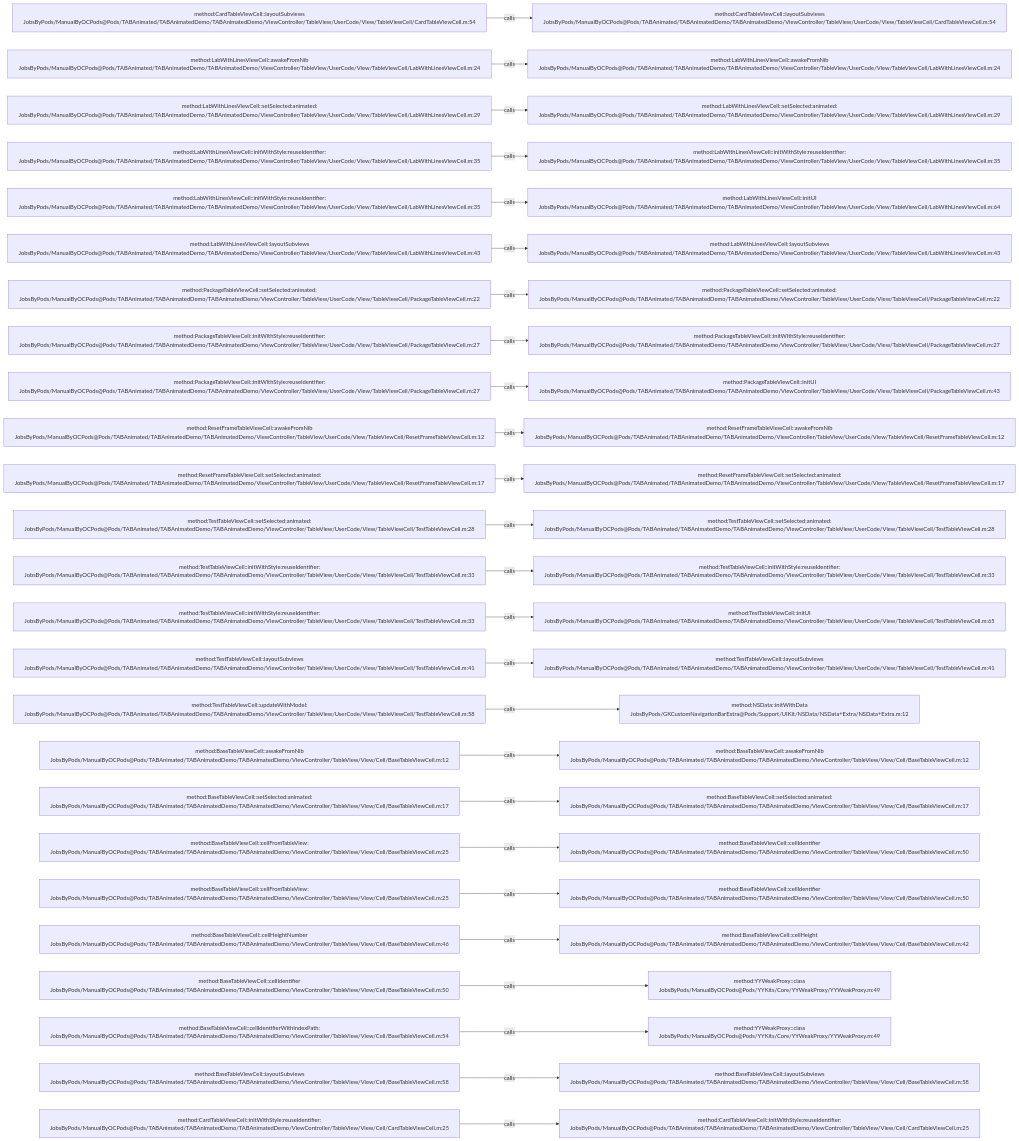
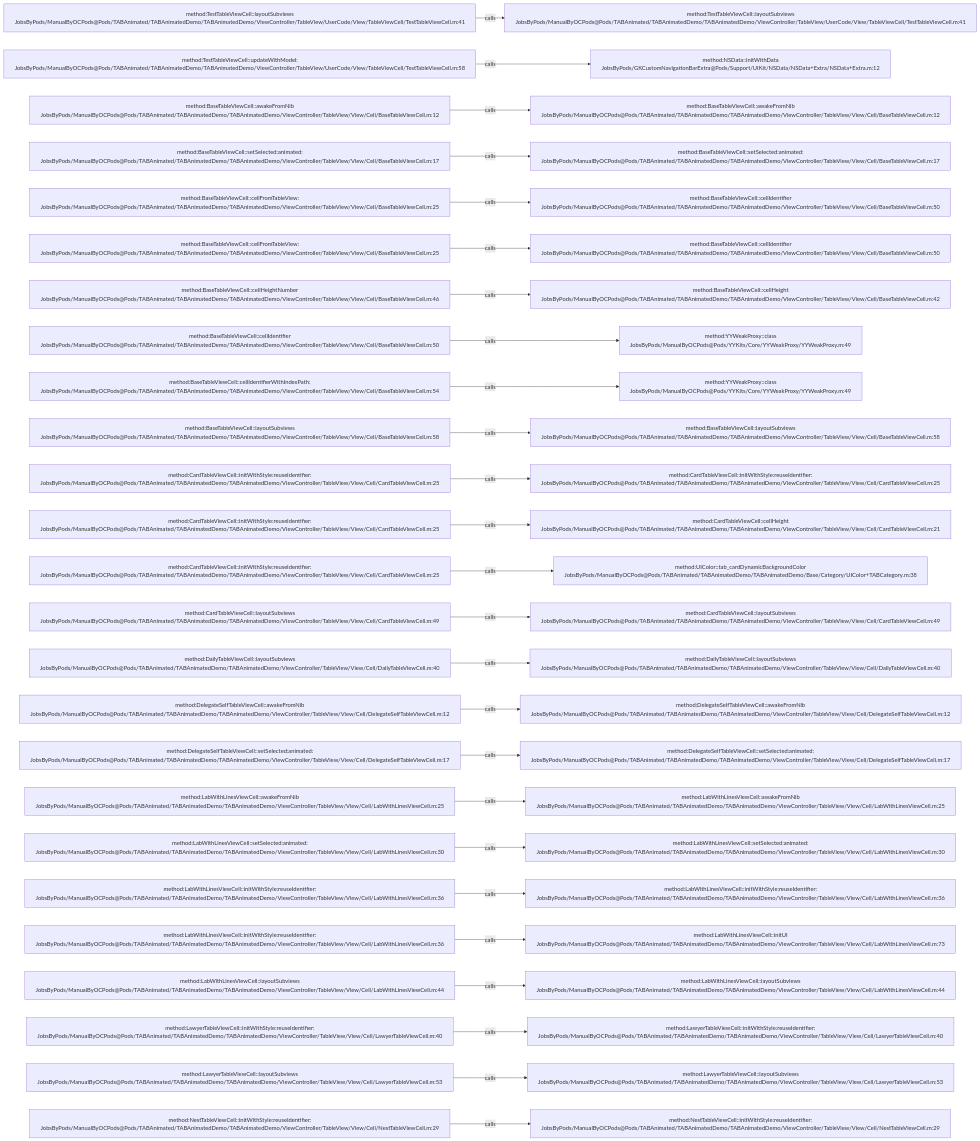
The diagram in .codegraph/codegraph.md/graphs/calls-068.md (JobsKits/JobsOCBaseConfigDemo), drawn with Mermaid before and after one commit. The commit also changed 296 other files, not shown here.

````diff
--- a/.codegraph/codegraph.md/graphs/calls-068.md
+++ b/.codegraph/codegraph.md/graphs/calls-068.md
@@ -13,78 +13,78 @@
 ```mermaid
 flowchart LR
-  S1["method:CardTableViewCell::layoutSubviews<br/>JobsByPods/ManualByOCPods@Pods/TABAnimated/TABAnimatedDemo/TABAnimatedDemo/ViewController/TableView/UserCode/View/TableViewCell/CardTableViewCell.m:54"]
-  T1["method:CardTableViewCell::layoutSubviews<br/>JobsByPods/ManualByOCPods@Pods/TABAnimated/TABAnimatedDemo/TABAnimatedDemo/ViewController/TableView/UserCode/View/TableViewCell/CardTableViewCell.m:54"]
+  S1["method:TestTableViewCell::layoutSubviews<br/>JobsByPods/ManualByOCPods@Pods/TABAnimated/TABAnimatedDemo/TABAnimatedDemo/ViewController/TableView/UserCode/View/TableViewCell/TestTableViewCell.m:41"]
+  T1["method:TestTableViewCell::layoutSubviews<br/>JobsByPods/ManualByOCPods@Pods/TABAnimated/TABAnimatedDemo/TABAnimatedDemo/ViewController/TableView/UserCode/View/TableViewCell/TestTableViewCell.m:41"]
   S1 -->|calls| T1
-  S2["method:LabWithLinesViewCell::awakeFromNib<br/>JobsByPods/ManualByOCPods@Pods/TABAnimated/TABAnimatedDemo/TABAnimatedDemo/ViewController/TableView/UserCode/View/TableViewCell/LabWithLinesViewCell.m:24"]
-  T2["method:LabWithLinesViewCell::awakeFromNib<br/>JobsByPods/ManualByOCPods@Pods/TABAnimated/TABAnimatedDemo/TABAnimatedDemo/ViewController/TableView/UserCode/View/TableViewCell/LabWithLinesViewCell.m:24"]
+  S2["method:TestTableViewCell::updateWithModel:<br/>JobsByPods/ManualByOCPods@Pods/TABAnimated/TABAnimatedDemo/TABAnimatedDemo/ViewController/TableView/UserCode/View/TableViewCell/TestTableViewCell.m:58"]
+  T2["method:NSData::initWithData<br/>JobsByPods/GKCustomNavigationBarExtra@Pods/Support/UIKit/NSData/NSData+Extra/NSData+Extra.m:12"]
   S2 -->|calls| T2
-  S3["method:LabWithLinesViewCell::setSelected:animated:<br/>JobsByPods/ManualByOCPods@Pods/TABAnimated/TABAnimatedDemo/TABAnimatedDemo/ViewController/TableView/UserCode/View/TableViewCell/LabWithLinesViewCell.m:29"]
-  T3["method:LabWithLinesViewCell::setSelected:animated:<br/>JobsByPods/ManualByOCPods@Pods/TABAnimated/TABAnimatedDemo/TABAnimatedDemo/ViewController/TableView/UserCode/View/TableViewCell/LabWithLinesViewCell.m:29"]
+  S3["method:BaseTableViewCell::awakeFromNib<br/>JobsByPods/ManualByOCPods@Pods/TABAnimated/TABAnimatedDemo/TABAnimatedDemo/ViewController/TableView/View/Cell/BaseTableViewCell.m:12"]
+  T3["method:BaseTableViewCell::awakeFromNib<br/>JobsByPods/ManualByOCPods@Pods/TABAnimated/TABAnimatedDemo/TABAnimatedDemo/ViewController/TableView/View/Cell/BaseTableViewCell.m:12"]
   S3 -->|calls| T3
-  S4["method:LabWithLinesViewCell::initWithStyle:reuseIdentifier:<br/>JobsByPods/ManualByOCPods@Pods/TABAnimated/TABAnimatedDemo/TABAnimatedDemo/ViewController/TableView/UserCode/View/TableViewCell/LabWithLinesViewCell.m:35"]
-  T4["method:LabWithLinesViewCell::initWithStyle:reuseIdentifier:<br/>JobsByPods/ManualByOCPods@Pods/TABAnimated/TABAnimatedDemo/TABAnimatedDemo/ViewController/TableView/UserCode/View/TableViewCell/LabWithLinesViewCell.m:35"]
+  S4["method:BaseTableViewCell::setSelected:animated:<br/>JobsByPods/ManualByOCPods@Pods/TABAnimated/TABAnimatedDemo/TABAnimatedDemo/ViewController/TableView/View/Cell/BaseTableViewCell.m:17"]
+  T4["method:BaseTableViewCell::setSelected:animated:<br/>JobsByPods/ManualByOCPods@Pods/TABAnimated/TABAnimatedDemo/TABAnimatedDemo/ViewController/TableView/View/Cell/BaseTableViewCell.m:17"]
   S4 -->|calls| T4
-  S5["method:LabWithLinesViewCell::initWithStyle:reuseIdentifier:<br/>JobsByPods/ManualByOCPods@Pods/TABAnimated/TABAnimatedDemo/TABAnimatedDemo/ViewController/TableView/UserCode/View/TableViewCell/LabWithLinesViewCell.m:35"]
-  T5["method:LabWithLinesViewCell::initUI<br/>JobsByPods/ManualByOCPods@Pods/TABAnimated/TABAnimatedDemo/TABAnimatedDemo/ViewController/TableView/UserCode/View/TableViewCell/LabWithLinesViewCell.m:64"]
+  S5["method:BaseTableViewCell::cellFromTableView:<br/>JobsByPods/ManualByOCPods@Pods/TABAnimated/TABAnimatedDemo/TABAnimatedDemo/ViewController/TableView/View/Cell/BaseTableViewCell.m:25"]
+  T5["method:BaseTableViewCell::cellIdentifier<br/>JobsByPods/ManualByOCPods@Pods/TABAnimated/TABAnimatedDemo/TABAnimatedDemo/ViewController/TableView/View/Cell/BaseTableViewCell.m:50"]
   S5 -->|calls| T5
-  S6["method:LabWithLinesViewCell::layoutSubviews<br/>JobsByPods/ManualByOCPods@Pods/TABAnimated/TABAnimatedDemo/TABAnimatedDemo/ViewController/TableView/UserCode/View/TableViewCell/LabWithLinesViewCell.m:43"]
-  T6["method:LabWithLinesViewCell::layoutSubviews<br/>JobsByPods/ManualByOCPods@Pods/TABAnimated/TABAnimatedDemo/TABAnimatedDemo/ViewController/TableView/UserCode/View/TableViewCell/LabWithLinesViewCell.m:43"]
+  S6["method:BaseTableViewCell::cellFromTableView:<br/>JobsByPods/ManualByOCPods@Pods/TABAnimated/TABAnimatedDemo/TABAnimatedDemo/ViewController/TableView/View/Cell/BaseTableViewCell.m:25"]
+  T6["method:BaseTableViewCell::cellIdentifier<br/>JobsByPods/ManualByOCPods@Pods/TABAnimated/TABAnimatedDemo/TABAnimatedDemo/ViewController/TableView/View/Cell/BaseTableViewCell.m:50"]
   S6 -->|calls| T6
-  S7["method:PackageTableViewCell::setSelected:animated:<br/>JobsByPods/ManualByOCPods@Pods/TABAnimated/TABAnimatedDemo/TABAnimatedDemo/ViewController/TableView/UserCode/View/TableViewCell/PackageTableViewCell.m:22"]
-  T7["method:PackageTableViewCell::setSelected:animated:<br/>JobsByPods/ManualByOCPods@Pods/TABAnimated/TABAnimatedDemo/TABAnimatedDemo/ViewController/TableView/UserCode/View/TableViewCell/PackageTableViewCell.m:22"]
+  S7["method:BaseTableViewCell::cellHeightNumber<br/>JobsByPods/ManualByOCPods@Pods/TABAnimated/TABAnimatedDemo/TABAnimatedDemo/ViewController/TableView/View/Cell/BaseTableViewCell.m:46"]
+  T7["method:BaseTableViewCell::cellHeight<br/>JobsByPods/ManualByOCPods@Pods/TABAnimated/TABAnimatedDemo/TABAnimatedDemo/ViewController/TableView/View/Cell/BaseTableViewCell.m:42"]
   S7 -->|calls| T7
-  S8["method:PackageTableViewCell::initWithStyle:reuseIdentifier:<br/>JobsByPods/ManualByOCPods@Pods/TABAnimated/TABAnimatedDemo/TABAnimatedDemo/ViewController/TableView/UserCode/View/TableViewCell/PackageTableViewCell.m:27"]
-  T8["method:PackageTableViewCell::initWithStyle:reuseIdentifier:<br/>JobsByPods/ManualByOCPods@Pods/TABAnimated/TABAnimatedDemo/TABAnimatedDemo/ViewController/TableView/UserCode/View/TableViewCell/PackageTableViewCell.m:27"]
+  S8["method:BaseTableViewCell::cellIdentifier<br/>JobsByPods/ManualByOCPods@Pods/TABAnimated/TABAnimatedDemo/TABAnimatedDemo/ViewController/TableView/View/Cell/BaseTableViewCell.m:50"]
+  T8["method:YYWeakProxy::class<br/>JobsByPods/ManualByOCPods@Pods/YYKits/Core/YYWeakProxy/YYWeakProxy.m:49"]
   S8 -->|calls| T8
-  S9["method:PackageTableViewCell::initWithStyle:reuseIdentifier:<br/>JobsByPods/ManualByOCPods@Pods/TABAnimated/TABAnimatedDemo/TABAnimatedDemo/ViewController/TableView/UserCode/View/TableViewCell/PackageTableViewCell.m:27"]
-  T9["method:PackageTableViewCell::initUI<br/>JobsByPods/ManualByOCPods@Pods/TABAnimated/TABAnimatedDemo/TABAnimatedDemo/ViewController/TableView/UserCode/View/TableViewCell/PackageTableViewCell.m:43"]
+  S9["method:BaseTableViewCell::cellIdentifierWithIndexPath:<br/>JobsByPods/ManualByOCPods@Pods/TABAnimated/TABAnimatedDemo/TABAnimatedDemo/ViewController/TableView/View/Cell/BaseTableViewCell.m:54"]
+  T9["method:YYWeakProxy::class<br/>JobsByPods/ManualByOCPods@Pods/YYKits/Core/YYWeakProxy/YYWeakProxy.m:49"]
   S9 -->|calls| T9
-  S10["method:ResetFrameTableViewCell::awakeFromNib<br/>JobsByPods/ManualByOCPods@Pods/TABAnimated/TABAnimatedDemo/TABAnimatedDemo/ViewController/TableView/UserCode/View/TableViewCell/ResetFrameTableViewCell.m:12"]
-  T10["method:ResetFrameTableViewCell::awakeFromNib<br/>JobsByPods/ManualByOCPods@Pods/TABAnimated/TABAnimatedDemo/TABAnimatedDemo/ViewController/TableView/UserCode/View/TableViewCell/ResetFrameTableViewCell.m:12"]
+  S10["method:BaseTableViewCell::layoutSubviews<br/>JobsByPods/ManualByOCPods@Pods/TABAnimated/TABAnimatedDemo/TABAnimatedDemo/ViewController/TableView/View/Cell/BaseTableViewCell.m:58"]
+  T10["method:BaseTableViewCell::layoutSubviews<br/>JobsByPods/ManualByOCPods@Pods/TABAnimated/TABAnimatedDemo/TABAnimatedDemo/ViewController/TableView/View/Cell/BaseTableViewCell.m:58"]
   S10 -->|calls| T10
-  S11["method:ResetFrameTableViewCell::setSelected:animated:<br/>JobsByPods/ManualByOCPods@Pods/TABAnimated/TABAnimatedDemo/TABAnimatedDemo/ViewController/TableView/UserCode/View/TableViewCell/ResetFrameTableViewCell.m:17"]
-  T11["method:ResetFrameTableViewCell::setSelected:animated:<br/>JobsByPods/ManualByOCPods@Pods/TABAnimated/TABAnimatedDemo/TABAnimatedDemo/ViewController/TableView/UserCode/View/TableViewCell/ResetFrameTableViewCell.m:17"]
+  S11["method:CardTableViewCell::initWithStyle:reuseIdentifier:<br/>JobsByPods/ManualByOCPods@Pods/TABAnimated/TABAnimatedDemo/TABAnimatedDemo/ViewController/TableView/View/Cell/CardTableViewCell.m:25"]
+  T11["method:CardTableViewCell::initWithStyle:reuseIdentifier:<br/>JobsByPods/ManualByOCPods@Pods/TABAnimated/TABAnimatedDemo/TABAnimatedDemo/ViewController/TableView/View/Cell/CardTableViewCell.m:25"]
   S11 -->|calls| T11
-  S12["method:TestTableViewCell::setSelected:animated:<br/>JobsByPods/ManualByOCPods@Pods/TABAnimated/TABAnimatedDemo/TABAnimatedDemo/ViewController/TableView/UserCode/View/TableViewCell/TestTableViewCell.m:28"]
-  T12["method:TestTableViewCell::setSelected:animated:<br/>JobsByPods/ManualByOCPods@Pods/TABAnimated/TABAnimatedDemo/TABAnimatedDemo/ViewController/TableView/UserCode/View/TableViewCell/TestTableViewCell.m:28"]
+  S12["method:CardTableViewCell::initWithStyle:reuseIdentifier:<br/>JobsByPods/ManualByOCPods@Pods/TABAnimated/TABAnimatedDemo/TABAnimatedDemo/ViewController/TableView/View/Cell/CardTableViewCell.m:25"]
+  T12["method:CardTableViewCell::cellHeight<br/>JobsByPods/ManualByOCPods@Pods/TABAnimated/TABAnimatedDemo/TABAnimatedDemo/ViewController/TableView/View/Cell/CardTableViewCell.m:21"]
   S12 -->|calls| T12
-  S13["method:TestTableViewCell::initWithStyle:reuseIdentifier:<br/>JobsByPods/ManualByOCPods@Pods/TABAnimated/TABAnimatedDemo/TABAnimatedDemo/ViewController/TableView/UserCode/View/TableViewCell/TestTableViewCell.m:33"]
-  T13["method:TestTableViewCell::initWithStyle:reuseIdentifier:<br/>JobsByPods/ManualByOCPods@Pods/TABAnimated/TABAnimatedDemo/TABAnimatedDemo/ViewController/TableView/UserCode/View/TableViewCell/TestTableViewCell.m:33"]
+  S13["method:CardTableViewCell::initWithStyle:reuseIdentifier:<br/>JobsByPods/ManualByOCPods@Pods/TABAnimated/TABAnimatedDemo/TABAnimatedDemo/ViewController/TableView/View/Cell/CardTableViewCell.m:25"]
+  T13["method:UIColor::tab_cardDynamicBackgroundColor<br/>JobsByPods/ManualByOCPods@Pods/TABAnimated/TABAnimatedDemo/TABAnimatedDemo/Base/Category/UIColor+TABCategory.m:38"]
   S13 -->|calls| T13
-  S14["method:TestTableViewCell::initWithStyle:reuseIdentifier:<br/>JobsByPods/ManualByOCPods@Pods/TABAnimated/TABAnimatedDemo/TABAnimatedDemo/ViewController/TableView/UserCode/View/TableViewCell/TestTableViewCell.m:33"]
-  T14["method:TestTableViewCell::initUI<br/>JobsByPods/ManualByOCPods@Pods/TABAnimated/TABAnimatedDemo/TABAnimatedDemo/ViewController/TableView/UserCode/View/TableViewCell/TestTableViewCell.m:65"]
+  S14["method:CardTableViewCell::layoutSubviews<br/>JobsByPods/ManualByOCPods@Pods/TABAnimated/TABAnimatedDemo/TABAnimatedDemo/ViewController/TableView/View/Cell/CardTableViewCell.m:49"]
+  T14["method:CardTableViewCell::layoutSubviews<br/>JobsByPods/ManualByOCPods@Pods/TABAnimated/TABAnimatedDemo/TABAnimatedDemo/ViewController/TableView/View/Cell/CardTableViewCell.m:49"]
   S14 -->|calls| T14
-  S15["method:TestTableViewCell::layoutSubviews<br/>JobsByPods/ManualByOCPods@Pods/TABAnimated/TABAnimatedDemo/TABAnimatedDemo/ViewController/TableView/UserCode/View/TableViewCell/TestTableViewCell.m:41"]
-  T15["method:TestTableViewCell::layoutSubviews<br/>JobsByPods/ManualByOCPods@Pods/TABAnimated/TABAnimatedDemo/TABAnimatedDemo/ViewController/TableView/UserCode/View/TableViewCell/TestTableViewCell.m:41"]
+  S15["method:DailyTableViewCell::layoutSubviews<br/>JobsByPods/ManualByOCPods@Pods/TABAnimated/TABAnimatedDemo/TABAnimatedDemo/ViewController/TableView/View/Cell/DailyTableViewCell.m:40"]
+  T15["method:DailyTableViewCell::layoutSubviews<br/>JobsByPods/ManualByOCPods@Pods/TABAnimated/TABAnimatedDemo/TABAnimatedDemo/ViewController/TableView/View/Cell/DailyTableViewCell.m:40"]
   S15 -->|calls| T15
-  S16["method:TestTableViewCell::updateWithModel:<br/>JobsByPods/ManualByOCPods@Pods/TABAnimated/TABAnimatedDemo/TABAnimatedDemo/ViewController/TableView/UserCode/View/TableViewCell/TestTableViewCell.m:58"]
-  T16["method:NSData::initWithData<br/>JobsByPods/GKCustomNavigationBarExtra@Pods/Support/UIKit/NSData/NSData+Extra/NSData+Extra.m:12"]
+  S16["method:DelegateSelfTableViewCell::awakeFromNib<br/>JobsByPods/ManualByOCPods@Pods/TABAnimated/TABAnimatedDemo/TABAnimatedDemo/ViewController/TableView/View/Cell/DelegateSelfTableViewCell.m:12"]
+  T16["method:DelegateSelfTableViewCell::awakeFromNib<br/>JobsByPods/ManualByOCPods@Pods/TABAnimated/TABAnimatedDemo/TABAnimatedDemo/ViewController/TableView/View/Cell/DelegateSelfTableViewCell.m:12"]
   S16 -->|calls| T16
-  S17["method:BaseTableViewCell::awakeFromNib<br/>JobsByPods/ManualByOCPods@Pods/TABAnimated/TABAnimatedDemo/TABAnimatedDemo/ViewController/TableView/View/Cell/BaseTableViewCell.m:12"]
-  T17["method:BaseTableViewCell::awakeFromNib<br/>JobsByPods/ManualByOCPods@Pods/TABAnimated/TABAnimatedDemo/TABAnimatedDemo/ViewController/TableView/View/Cell/BaseTableViewCell.m:12"]
+  S17["method:DelegateSelfTableViewCell::setSelected:animated:<br/>JobsByPods/ManualByOCPods@Pods/TABAnimated/TABAnimatedDemo/TABAnimatedDemo/ViewController/TableView/View/Cell/DelegateSelfTableViewCell.m:17"]
+  T17["method:DelegateSelfTableViewCell::setSelected:animated:<br/>JobsByPods/ManualByOCPods@Pods/TABAnimated/TABAnimatedDemo/TABAnimatedDemo/ViewController/TableView/View/Cell/DelegateSelfTableViewCell.m:17"]
   S17 -->|calls| T17
-  S18["method:BaseTableViewCell::setSelected:animated:<br/>JobsByPods/ManualByOCPods@Pods/TABAnimated/TABAnimatedDemo/TABAnimatedDemo/ViewController/TableView/View/Cell/BaseTableViewCell.m:17"]
-  T18["method:BaseTableViewCell::setSelected:animated:<br/>JobsByPods/ManualByOCPods@Pods/TABAnimated/TABAnimatedDemo/TABAnimatedDemo/ViewController/TableView/View/Cell/BaseTableViewCell.m:17"]
+  S18["method:LabWithLinesViewCell::awakeFromNib<br/>JobsByPods/ManualByOCPods@Pods/TABAnimated/TABAnimatedDemo/TABAnimatedDemo/ViewController/TableView/View/Cell/LabWithLinesViewCell.m:25"]
+  T18["method:LabWithLinesViewCell::awakeFromNib<br/>JobsByPods/ManualByOCPods@Pods/TABAnimated/TABAnimatedDemo/TABAnimatedDemo/ViewController/TableView/View/Cell/LabWithLinesViewCell.m:25"]
   S18 -->|calls| T18
-  S19["method:BaseTableViewCell::cellFromTableView:<br/>JobsByPods/ManualByOCPods@Pods/TABAnimated/TABAnimatedDemo/TABAnimatedDemo/ViewController/TableView/View/Cell/BaseTableViewCell.m:25"]
-  T19["method:BaseTableViewCell::cellIdentifier<br/>JobsByPods/ManualByOCPods@Pods/TABAnimated/TABAnimatedDemo/TABAnimatedDemo/ViewController/TableView/View/Cell/BaseTableViewCell.m:50"]
+  S19["method:LabWithLinesViewCell::setSelected:animated:<br/>JobsByPods/ManualByOCPods@Pods/TABAnimated/TABAnimatedDemo/TABAnimatedDemo/ViewController/TableView/View/Cell/LabWithLinesViewCell.m:30"]
+  T19["method:LabWithLinesViewCell::setSelected:animated:<br/>JobsByPods/ManualByOCPods@Pods/TABAnimated/TABAnimatedDemo/TABAnimatedDemo/ViewController/TableView/View/Cell/LabWithLinesViewCell.m:30"]
   S19 -->|calls| T19
-  S20["method:BaseTableViewCell::cellFromTableView:<br/>JobsByPods/ManualByOCPods@Pods/TABAnimated/TABAnimatedDemo/TABAnimatedDemo/ViewController/TableView/View/Cell/BaseTableViewCell.m:25"]
-  T20["method:BaseTableViewCell::cellIdentifier<br/>JobsByPods/ManualByOCPods@Pods/TABAnimated/TABAnimatedDemo/TABAnimatedDemo/ViewController/TableView/View/Cell/BaseTableViewCell.m:50"]
+  S20["method:LabWithLinesViewCell::initWithStyle:reuseIdentifier:<br/>JobsByPods/ManualByOCPods@Pods/TABAnimated/TABAnimatedDemo/TABAnimatedDemo/ViewController/TableView/View/Cell/LabWithLinesViewCell.m:36"]
+  T20["method:LabWithLinesViewCell::initWithStyle:reuseIdentifier:<br/>JobsByPods/ManualByOCPods@Pods/TABAnimated/TABAnimatedDemo/TABAnimatedDemo/ViewController/TableView/View/Cell/LabWithLinesViewCell.m:36"]
   S20 -->|calls| T20
-  S21["method:BaseTableViewCell::cellHeightNumber<br/>JobsByPods/ManualByOCPods@Pods/TABAnimated/TABAnimatedDemo/TABAnimatedDemo/ViewController/TableView/View/Cell/BaseTableViewCell.m:46"]
-  T21["method:BaseTableViewCell::cellHeight<br/>JobsByPods/ManualByOCPods@Pods/TABAnimated/TABAnimatedDemo/TABAnimatedDemo/ViewController/TableView/View/Cell/BaseTableViewCell.m:42"]
+  S21["method:LabWithLinesViewCell::initWithStyle:reuseIdentifier:<br/>JobsByPods/ManualByOCPods@Pods/TABAnimated/TABAnimatedDemo/TABAnimatedDemo/ViewController/TableView/View/Cell/LabWithLinesViewCell.m:36"]
+  T21["method:LabWithLinesViewCell::initUI<br/>JobsByPods/ManualByOCPods@Pods/TABAnimated/TABAnimatedDemo/TABAnimatedDemo/ViewController/TableView/View/Cell/LabWithLinesViewCell.m:73"]
   S21 -->|calls| T21
-  S22["method:BaseTableViewCell::cellIdentifier<br/>JobsByPods/ManualByOCPods@Pods/TABAnimated/TABAnimatedDemo/TABAnimatedDemo/ViewController/TableView/View/Cell/BaseTableViewCell.m:50"]
-  T22["method:YYWeakProxy::class<br/>JobsByPods/ManualByOCPods@Pods/YYKits/Core/YYWeakProxy/YYWeakProxy.m:49"]
+  S22["method:LabWithLinesViewCell::layoutSubviews<br/>JobsByPods/ManualByOCPods@Pods/TABAnimated/TABAnimatedDemo/TABAnimatedDemo/ViewController/TableView/View/Cell/LabWithLinesViewCell.m:44"]
+  T22["method:LabWithLinesViewCell::layoutSubviews<br/>JobsByPods/ManualByOCPods@Pods/TABAnimated/TABAnimatedDemo/TABAnimatedDemo/ViewController/TableView/View/Cell/LabWithLinesViewCell.m:44"]
   S22 -->|calls| T22
-  S23["method:BaseTableViewCell::cellIdentifierWithIndexPath:<br/>JobsByPods/ManualByOCPods@Pods/TABAnimated/TABAnimatedDemo/TABAnimatedDemo/ViewController/TableView/View/Cell/BaseTableViewCell.m:54"]
-  T23["method:YYWeakProxy::class<br/>JobsByPods/ManualByOCPods@Pods/YYKits/Core/YYWeakProxy/YYWeakProxy.m:49"]
+  S23["method:LawyerTableViewCell::initWithStyle:reuseIdentifier:<br/>JobsByPods/ManualByOCPods@Pods/TABAnimated/TABAnimatedDemo/TABAnimatedDemo/ViewController/TableView/View/Cell/LawyerTableViewCell.m:40"]
+  T23["method:LawyerTableViewCell::initWithStyle:reuseIdentifier:<br/>JobsByPods/ManualByOCPods@Pods/TABAnimated/TABAnimatedDemo/TABAnimatedDemo/ViewController/TableView/View/Cell/LawyerTableViewCell.m:40"]
   S23 -->|calls| T23
-  S24["method:BaseTableViewCell::layoutSubviews<br/>JobsByPods/ManualByOCPods@Pods/TABAnimated/TABAnimatedDemo/TABAnimatedDemo/ViewController/TableView/View/Cell/BaseTableViewCell.m:58"]
-  T24["method:BaseTableViewCell::layoutSubviews<br/>JobsByPods/ManualByOCPods@Pods/TABAnimated/TABAnimatedDemo/TABAnimatedDemo/ViewController/TableView/View/Cell/BaseTableViewCell.m:58"]
+  S24["method:LawyerTableViewCell::layoutSubviews<br/>JobsByPods/ManualByOCPods@Pods/TABAnimated/TABAnimatedDemo/TABAnimatedDemo/ViewController/TableView/View/Cell/LawyerTableViewCell.m:53"]
+  T24["method:LawyerTableViewCell::layoutSubviews<br/>JobsByPods/ManualByOCPods@Pods/TABAnimated/TABAnimatedDemo/TABAnimatedDemo/ViewController/TableView/View/Cell/LawyerTableViewCell.m:53"]
   S24 -->|calls| T24
-  S25["method:CardTableViewCell::initWithStyle:reuseIdentifier:<br/>JobsByPods/ManualByOCPods@Pods/TABAnimated/TABAnimatedDemo/TABAnimatedDemo/ViewController/TableView/View/Cell/CardTableViewCell.m:25"]
-  T25["method:CardTableViewCell::initWithStyle:reuseIdentifier:<br/>JobsByPods/ManualByOCPods@Pods/TABAnimated/TABAnimatedDemo/TABAnimatedDemo/ViewController/TableView/View/Cell/CardTableViewCell.m:25"]
+  S25["method:NestTableViewCell::initWithStyle:reuseIdentifier:<br/>JobsByPods/ManualByOCPods@Pods/TABAnimated/TABAnimatedDemo/TABAnimatedDemo/ViewController/TableView/View/Cell/NestTableViewCell.m:29"]
+  T25["method:NestTableViewCell::initWithStyle:reuseIdentifier:<br/>JobsByPods/ManualByOCPods@Pods/TABAnimated/TABAnimatedDemo/TABAnimatedDemo/ViewController/TableView/View/Cell/NestTableViewCell.m:29"]
   S25 -->|calls| T25
 ```
````
